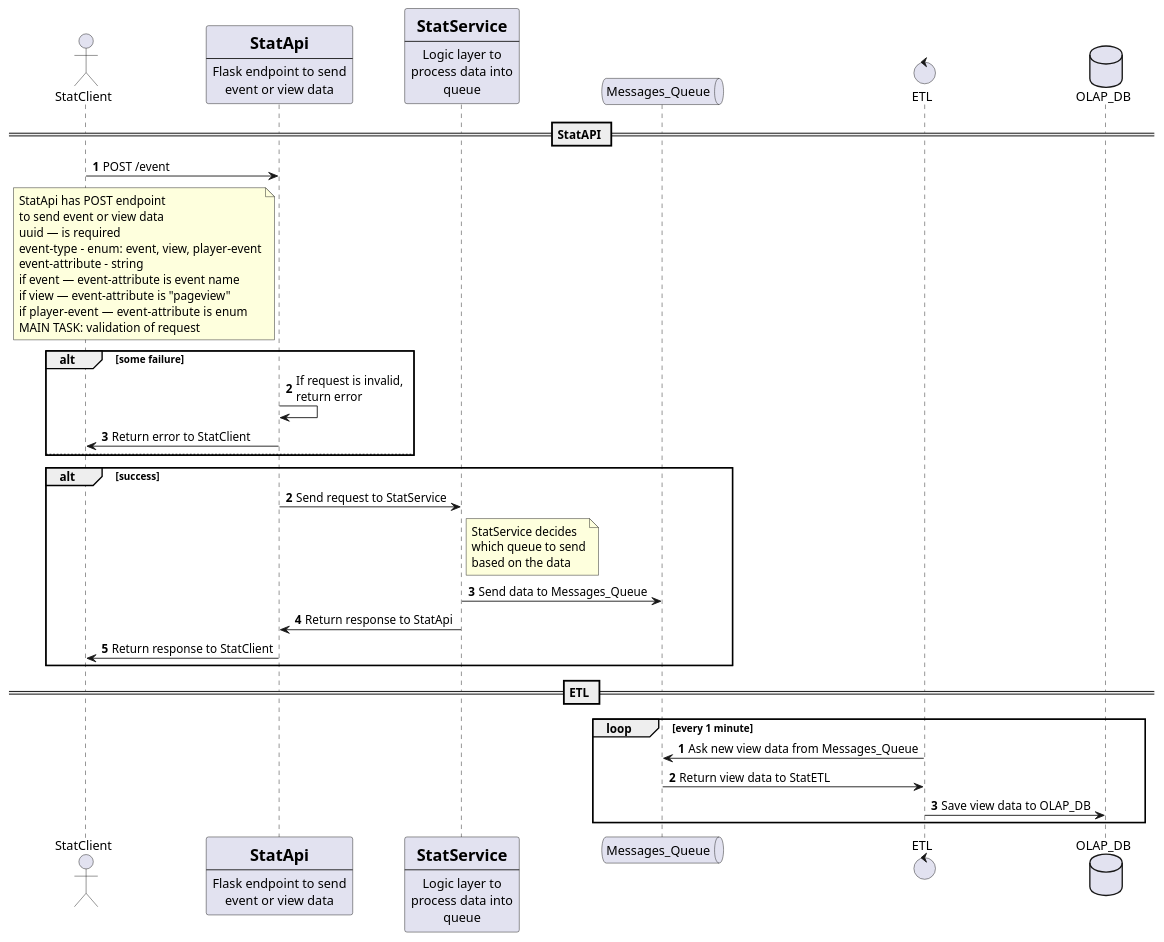
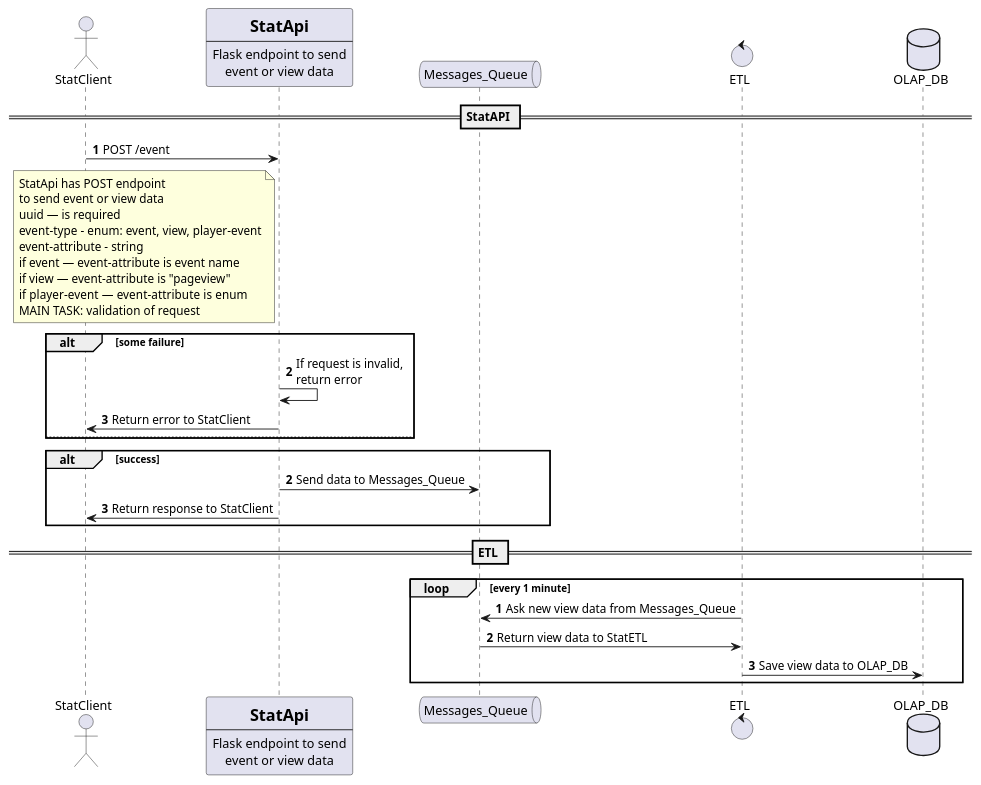
The diagram in docs/stat-seq.puml (artwist-polyakov/Auth_sprint_1), drawn with PlantUML before and after one commit.

Commit message:
убирает сервис из секвенс диаграммы

```diff
--- a/docs/stat-seq.puml
+++ b/docs/stat-seq.puml
@@ -1,72 +1,58 @@
 @startuml
 'https://plantuml.com/sequence-diagram
 
 
 actor StatClient
 
 
 participant StatApi [
     =StatApi
     ----
     Flask endpoint to send
     event or view data
-]
-participant StatService[
-    =StatService
-    ----
-    Logic layer to
-    process data into
-    queue
 ]
 queue Messages_Queue
 control ETL
 database OLAP_DB
 
 
 autonumber
 
 == StatAPI ==
 
 StatClient -> StatApi: POST /event
 note left of StatApi
     StatApi has POST endpoint
     to send event or view data
     uuid — is required
     event-type - enum: event, view, player-event
     event-attribute - string
     if event — event-attribute is event name
     if view — event-attribute is "pageview"
     if player-event — event-attribute is  enum
     MAIN TASK: validation of request
 end note
 alt some failure
 StatApi -> StatApi: If request is invalid,\nreturn error
 StatApi -> StatClient: Return error to StatClient
 else
 end
 autonumber stop
 autonumber  2
 alt success
-StatApi -> StatService: Send request to StatService
-note right of StatService
-    StatService decides
-    which queue to send
-    based on the data
-end note
+StatApi -> Messages_Queue: Send data to Messages_Queue
 
-StatService -> Messages_Queue: Send data to Messages_Queue
-StatService -> StatApi: Return response to StatApi
 StatApi -> StatClient: Return response to StatClient
 end
 autonumber stop
 
 == ETL ==
 autonumber
 loop every 1 minute
 ETL -> Messages_Queue: Ask new view data from Messages_Queue
 Messages_Queue -> ETL: Return view data to StatETL
 ETL -> OLAP_DB: Save view data to OLAP_DB
 end
 autonumber stop
 
 @enduml
```
